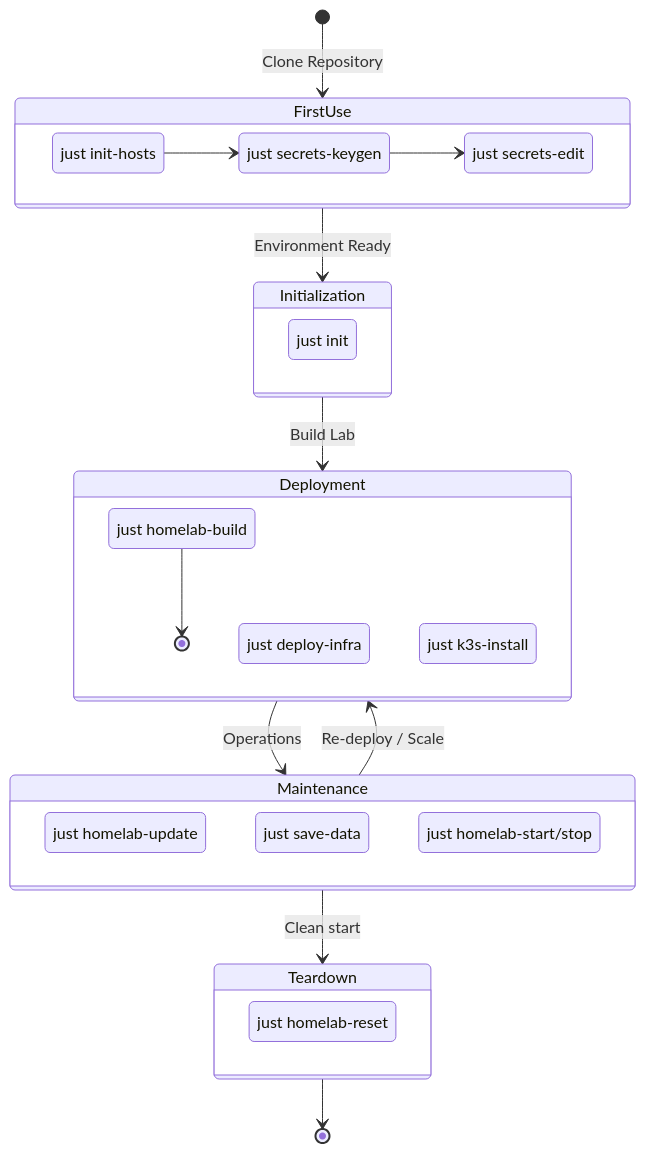
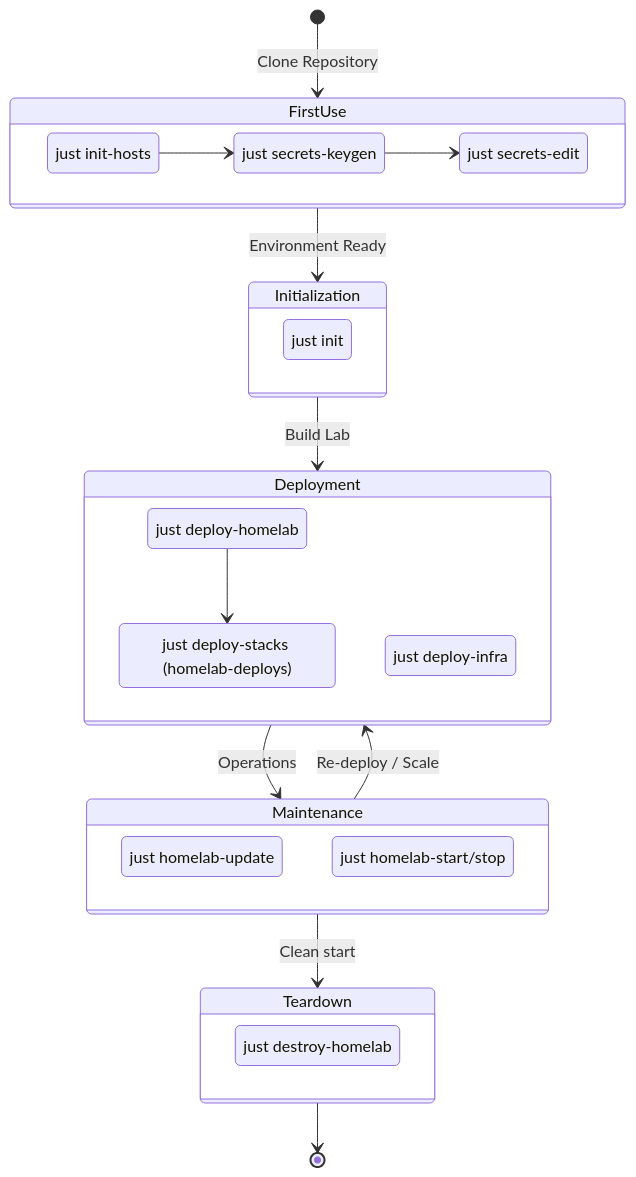
Before and after one commit to frankjuniorr/homelab-iac: the second of 2 diagrams in README.md, drawn with Mermaid. The commit also changed other lines of this file and 4 other files, not shown here.

````diff
--- a/README.md
+++ b/README.md
@@ -94,43 +91,42 @@
 ```mermaid
 stateDiagram-v2
     [*] --> FirstUse: Clone Repository
     
     state FirstUse {
         direction LR
         A: just init-hosts
         B: just secrets-keygen
         C: just secrets-edit
         A --> B
         B --> C
     }
     
     FirstUse --> Initialization: Environment Ready
     
     state Initialization {
         D: just init
     }
     
     Initialization --> Deployment: Build Lab
     
     state Deployment {
-        E: just homelab-build
+        E: just deploy-homelab
         F: just deploy-infra
-        G: just k3s-install
-        E --> [*]
+        G: just deploy-stacks (homelab-deploys)
+        E --> G
     }
-    
+
     state Maintenance {
         H: just homelab-update
-        I: just save-data
         J: just homelab-start/stop
     }
-    
+
     state Teardown {
-        K: just homelab-reset
+        K: just destroy-homelab
     }
-    
+
     Deployment --> Maintenance: Operations
     Maintenance --> Deployment: Re-deploy / Scale
     Maintenance --> Teardown: Clean start
     Teardown --> [*]
 ```
````
